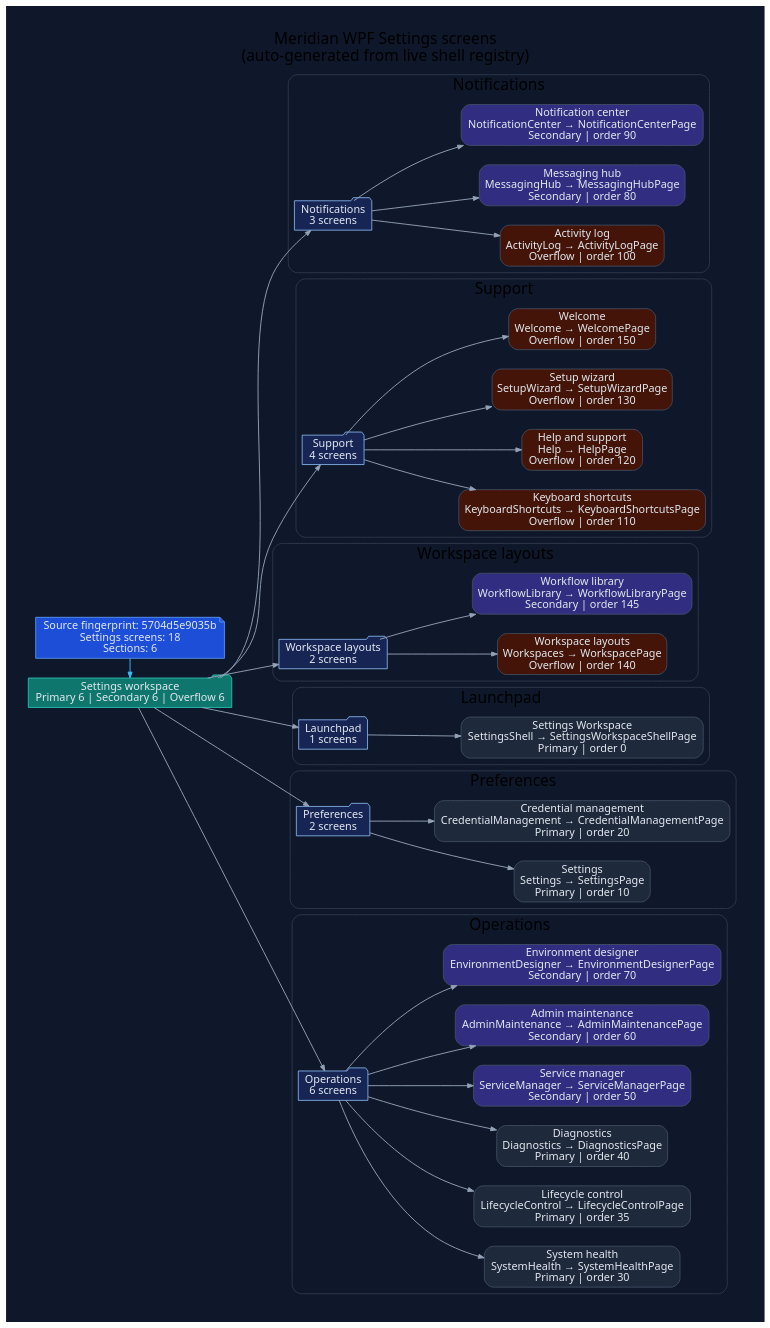
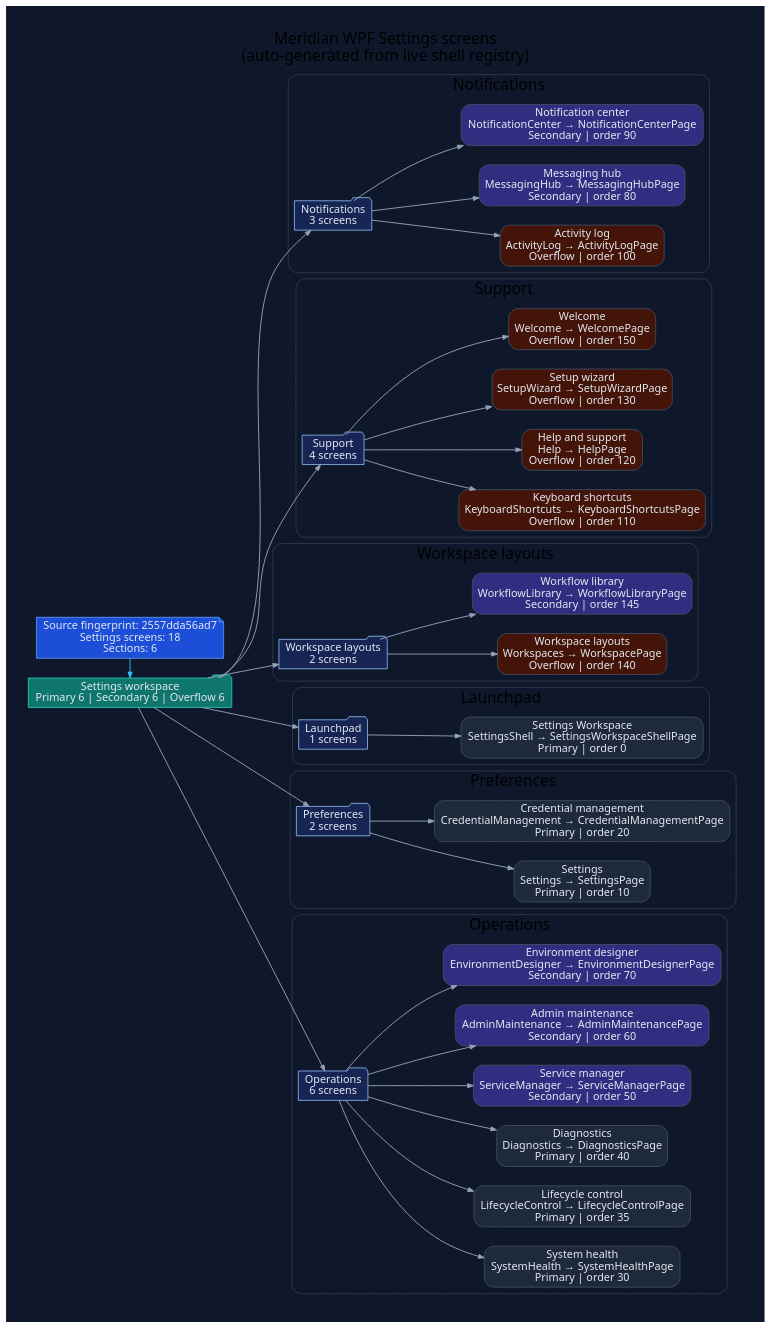
Before and after one commit to rodoHasArrived/Meridian-main: the diagram in docs/diagrams/ui/ui-wpf-screens-settings.dot, drawn with Graphviz. The commit also changed 45 other files, not shown here.

Commit message:
Regenerate WPF diagrams for tenant startup readiness

```diff
--- a/docs/diagrams/ui/ui-wpf-screens-settings.dot
+++ b/docs/diagrams/ui/ui-wpf-screens-settings.dot
@@ -1,110 +1,110 @@
 // -----------------------------------------------------------------------------
 // <auto-generated>
 // Generated by scripts/generate-diagrams.mjs.
 // Do not edit this file directly; update the WPF source files instead.
 // -----------------------------------------------------------------------------
 digraph WpfSettingsScreens {
   graph [
     rankdir=LR,
     labelloc=t,
     label="Meridian WPF Settings screens\n(auto-generated from live shell registry)",
     fontname="Segoe UI",
     fontsize=20,
     pad=0.4,
     nodesep=0.35,
     ranksep=0.85,
     bgcolor="#0f172a"
   ];
   node [fontname="Segoe UI", shape=box, style="rounded,filled", color="#475569", fontcolor="#e2e8f0", fillcolor="#1e293b"];
   edge [fontname="Segoe UI", color="#94a3b8", penwidth=1.2, arrowsize=0.75];
 
-  generated [shape=note, fillcolor="#1d4ed8", color="#60a5fa", label="Source fingerprint: 5704d5e9035b\nSettings screens: 18\nSections: 6"];
+  generated [shape=note, fillcolor="#1d4ed8", color="#60a5fa", label="Source fingerprint: 2557dda56ad7\nSettings screens: 18\nSections: 6"];
   workspace [shape=folder, fillcolor="#0f766e", color="#2dd4bf", label="Settings workspace\nPrimary 6 | Secondary 6 | Overflow 6"];
   generated -> workspace [color="#38bdf8"];
 
   subgraph cluster_section_1 {
     label="Notifications";
     color="#334155";
     style="rounded";
     section_1 [shape=folder, fillcolor="#172554", color="#93c5fd", label="Notifications\n3 screens"];
     workspace -> section_1;
     screen_ActivityLog [fillcolor="#431407", label="Activity log\nActivityLog → ActivityLogPage\nOverflow | order 100"];
     section_1 -> screen_ActivityLog;
     screen_MessagingHub [fillcolor="#312e81", label="Messaging hub\nMessagingHub → MessagingHubPage\nSecondary | order 80"];
     section_1 -> screen_MessagingHub;
     screen_NotificationCenter [fillcolor="#312e81", label="Notification center\nNotificationCenter → NotificationCenterPage\nSecondary | order 90"];
     section_1 -> screen_NotificationCenter;
   }
 
   subgraph cluster_section_2 {
     label="Support";
     color="#334155";
     style="rounded";
     section_2 [shape=folder, fillcolor="#172554", color="#93c5fd", label="Support\n4 screens"];
     workspace -> section_2;
     screen_KeyboardShortcuts [fillcolor="#431407", label="Keyboard shortcuts\nKeyboardShortcuts → KeyboardShortcutsPage\nOverflow | order 110"];
     section_2 -> screen_KeyboardShortcuts;
     screen_Help [fillcolor="#431407", label="Help and support\nHelp → HelpPage\nOverflow | order 120"];
     section_2 -> screen_Help;
     screen_SetupWizard [fillcolor="#431407", label="Setup wizard\nSetupWizard → SetupWizardPage\nOverflow | order 130"];
     section_2 -> screen_SetupWizard;
     screen_Welcome [fillcolor="#431407", label="Welcome\nWelcome → WelcomePage\nOverflow | order 150"];
     section_2 -> screen_Welcome;
   }
 
   subgraph cluster_section_3 {
     label="Workspace layouts";
     color="#334155";
     style="rounded";
     section_3 [shape=folder, fillcolor="#172554", color="#93c5fd", label="Workspace layouts\n2 screens"];
     workspace -> section_3;
     screen_Workspaces [fillcolor="#431407", label="Workspace layouts\nWorkspaces → WorkspacePage\nOverflow | order 140"];
     section_3 -> screen_Workspaces;
     screen_WorkflowLibrary [fillcolor="#312e81", label="Workflow library\nWorkflowLibrary → WorkflowLibraryPage\nSecondary | order 145"];
     section_3 -> screen_WorkflowLibrary;
   }
 
   subgraph cluster_section_4 {
     label="Launchpad";
     color="#334155";
     style="rounded";
     section_4 [shape=folder, fillcolor="#172554", color="#93c5fd", label="Launchpad\n1 screens"];
     workspace -> section_4;
     screen_SettingsShell [fillcolor="#1e293b", label="Settings Workspace\nSettingsShell → SettingsWorkspaceShellPage\nPrimary | order 0"];
     section_4 -> screen_SettingsShell;
   }
 
   subgraph cluster_section_5 {
     label="Preferences";
     color="#334155";
     style="rounded";
     section_5 [shape=folder, fillcolor="#172554", color="#93c5fd", label="Preferences\n2 screens"];
     workspace -> section_5;
     screen_Settings [fillcolor="#1e293b", label="Settings\nSettings → SettingsPage\nPrimary | order 10"];
     section_5 -> screen_Settings;
     screen_CredentialManagement [fillcolor="#1e293b", label="Credential management\nCredentialManagement → CredentialManagementPage\nPrimary | order 20"];
     section_5 -> screen_CredentialManagement;
   }
 
   subgraph cluster_section_6 {
     label="Operations";
     color="#334155";
     style="rounded";
     section_6 [shape=folder, fillcolor="#172554", color="#93c5fd", label="Operations\n6 screens"];
     workspace -> section_6;
     screen_SystemHealth [fillcolor="#1e293b", label="System health\nSystemHealth → SystemHealthPage\nPrimary | order 30"];
     section_6 -> screen_SystemHealth;
     screen_LifecycleControl [fillcolor="#1e293b", label="Lifecycle control\nLifecycleControl → LifecycleControlPage\nPrimary | order 35"];
     section_6 -> screen_LifecycleControl;
     screen_Diagnostics [fillcolor="#1e293b", label="Diagnostics\nDiagnostics → DiagnosticsPage\nPrimary | order 40"];
     section_6 -> screen_Diagnostics;
     screen_ServiceManager [fillcolor="#312e81", label="Service manager\nServiceManager → ServiceManagerPage\nSecondary | order 50"];
     section_6 -> screen_ServiceManager;
     screen_AdminMaintenance [fillcolor="#312e81", label="Admin maintenance\nAdminMaintenance → AdminMaintenancePage\nSecondary | order 60"];
     section_6 -> screen_AdminMaintenance;
     screen_EnvironmentDesigner [fillcolor="#312e81", label="Environment designer\nEnvironmentDesigner → EnvironmentDesignerPage\nSecondary | order 70"];
     section_6 -> screen_EnvironmentDesigner;
   }
 
   { rank=min; generated; workspace; }
 }
```
